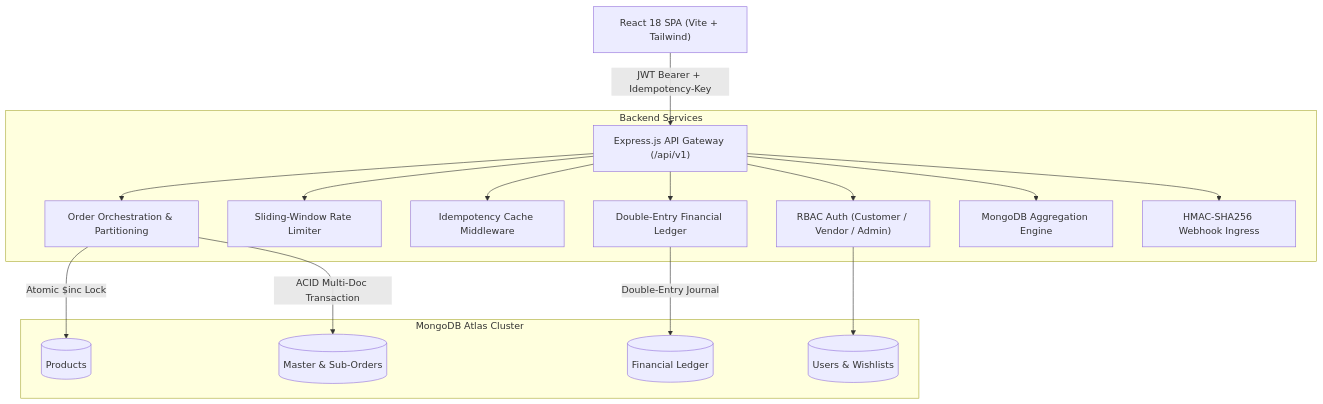
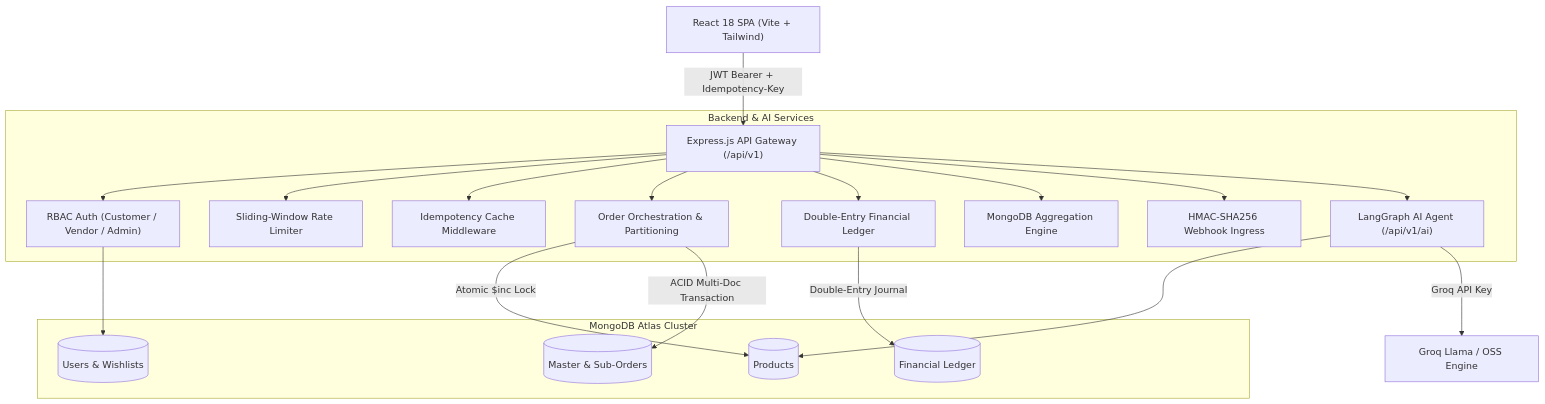
One commit to Pranav-by/MarketPulse changed the second of 2 diagrams in README.md. Above: the diagram before and after it, drawn with Mermaid. The commit also changed other lines of this file, not shown here.

Commit message:
docs: update README with LangGraph AI microservice, architecture, and deployment instructions

````diff
--- a/README.md
+++ b/README.md
@@ -80,21 +129,25 @@
 ```mermaid
 flowchart TD
     Client["React 18 SPA (Vite + Tailwind)"] -->|JWT Bearer + Idempotency-Key| Gateway["Express.js API Gateway (/api/v1)"]
 
-    subgraph "Backend Services"
+    subgraph "Backend & AI Services"
         Gateway --> Auth["RBAC Auth (Customer / Vendor / Admin)"]
         Gateway --> RateLimit["Sliding-Window Rate Limiter"]
         Gateway --> Idemp["Idempotency Cache Middleware"]
         Gateway --> OrderSvc["Order Orchestration & Partitioning"]
         Gateway --> LedgerSvc["Double-Entry Financial Ledger"]
         Gateway --> AnalyticsSvc["MongoDB Aggregation Engine"]
         Gateway --> WebhookSvc["HMAC-SHA256 Webhook Ingress"]
+        Gateway --> AISvc["LangGraph AI Agent (/api/v1/ai)"]
     end
 
     subgraph "MongoDB Atlas Cluster"
         OrderSvc -->|Atomic $inc Lock| ProductsColl[("Products")]
         OrderSvc -->|ACID Multi-Doc Transaction| OrdersColl[("Master & Sub-Orders")]
         LedgerSvc -->|Double-Entry Journal| LedgerColl[("Financial Ledger")]
         Auth --> UsersColl[("Users & Wishlists")]
+        AISvc --> ProductsColl
     end
+
+    AISvc -->|Groq API Key| Groq[Groq Llama / OSS Engine]
 ```
````
